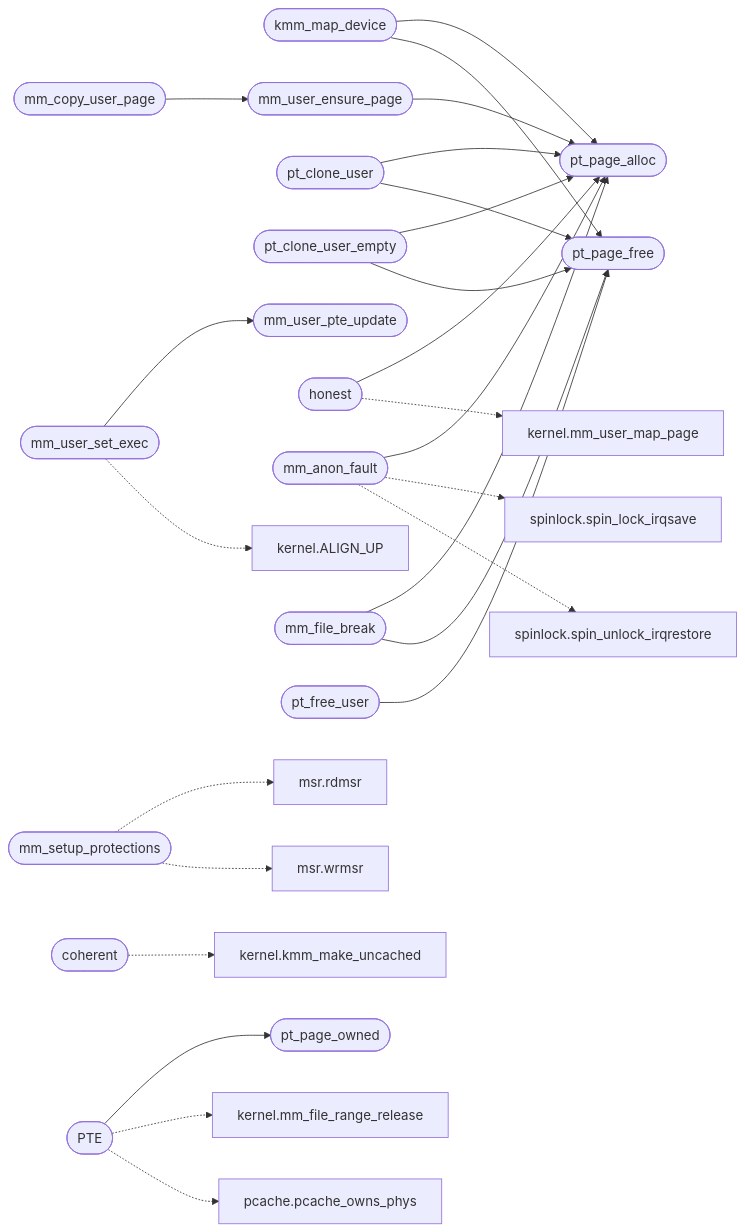
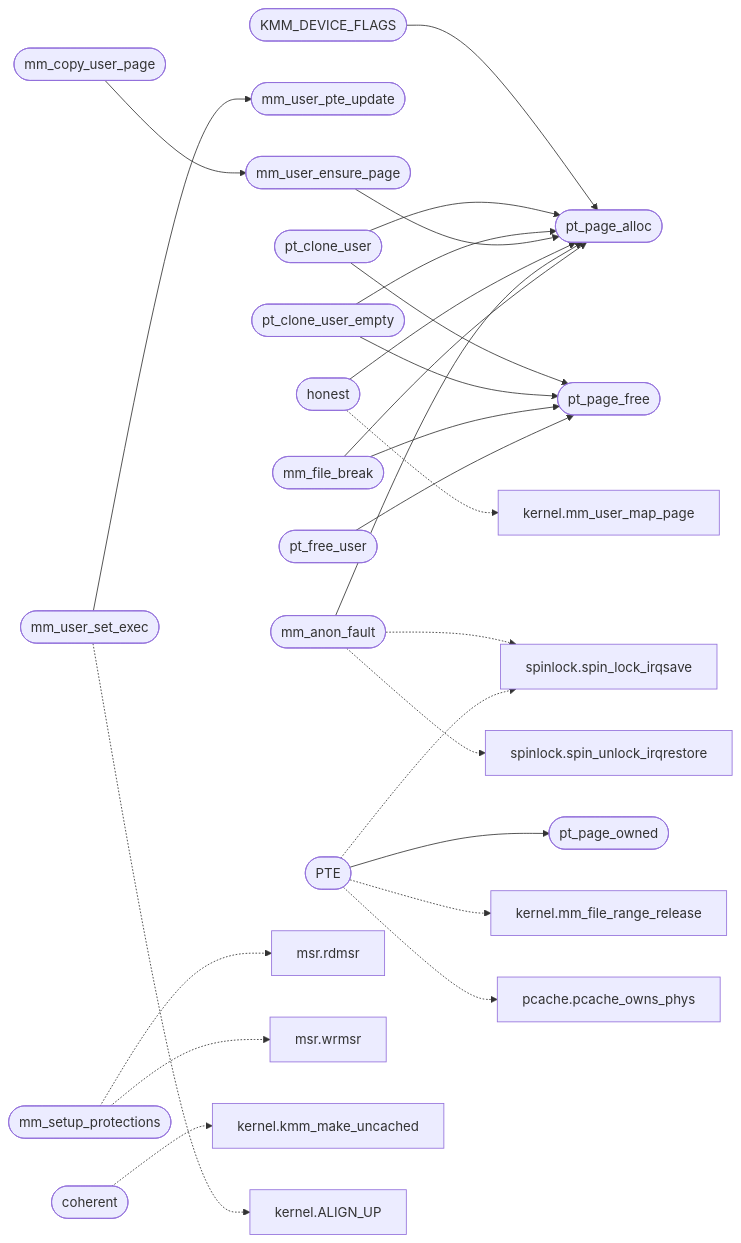
Before and after one commit to grisuno/miniOS: the diagram in readmenator-apidocs/modules/kernel.mm.paging.c.md, drawn with Mermaid. The commit also changed other lines of this file and 184 other files, not shown here.

````diff
--- a/readmenator-apidocs/modules/kernel.mm.paging.c.md
+++ b/readmenator-apidocs/modules/kernel.mm.paging.c.md
@@ -17,53 +17,53 @@
 ```mermaid
 flowchart LR
-    n_kernel_mm_paging_c__kmm_map_device(["kmm_map_device"])
+    n_kernel_mm_paging_c__KMM_DEVICE_FLAGS(["KMM_DEVICE_FLAGS"])
     n_kernel_mm_paging_c__pt_page_alloc(["pt_page_alloc"])
-    n_kernel_mm_paging_c__pt_page_free(["pt_page_free"])
     n_kernel_mm_paging_c__mm_user_set_exec(["mm_user_set_exec"])
     n_kernel_mm_paging_c__mm_user_pte_update(["mm_user_pte_update"])
     n_kernel_mm_paging_c__pt_clone_user(["pt_clone_user"])
+    n_kernel_mm_paging_c__pt_page_free(["pt_page_free"])
     n_kernel_mm_paging_c__pt_clone_user_empty(["pt_clone_user_empty"])
     n_kernel_mm_paging_c__mm_user_ensure_page(["mm_user_ensure_page"])
     n_kernel_mm_paging_c__honest(["honest"])
     n_kernel_mm_paging_c__mm_anon_fault(["mm_anon_fault"])
     n_kernel_mm_paging_c__PTE(["PTE"])
     n_kernel_mm_paging_c__pt_page_owned(["pt_page_owned"])
     n_kernel_mm_paging_c__mm_file_break(["mm_file_break"])
     n_kernel_mm_paging_c__mm_copy_user_page(["mm_copy_user_page"])
     n_kernel_mm_paging_c__pt_free_user(["pt_free_user"])
     n_kernel_mm_paging_c__mm_setup_protections(["mm_setup_protections"])
     n_headers_arch_x86_msr_h__rdmsr["msr.rdmsr"]
     n_headers_arch_x86_msr_h__wrmsr["msr.wrmsr"]
     n_kernel_mm_paging_c__coherent(["coherent"])
     n_headers_kernel_h__kmm_make_uncached["kernel.kmm_make_uncached"]
     n_headers_kernel_h__ALIGN_UP["kernel.ALIGN_UP"]
     n_headers_kernel_h__mm_user_map_page["kernel.mm_user_map_page"]
     n_headers_spinlock_h__spin_lock_irqsave["spinlock.spin_lock_irqsave"]
     n_headers_spinlock_h__spin_unlock_irqrestore["spinlock.spin_unlock_irqrestore"]
     n_headers_kernel_h__mm_file_range_release["kernel.mm_file_range_release"]
     n_headers_pcache_h__pcache_owns_phys["pcache.pcache_owns_phys"]
-    n_kernel_mm_paging_c__kmm_map_device --> n_kernel_mm_paging_c__pt_page_alloc
-    n_kernel_mm_paging_c__kmm_map_device --> n_kernel_mm_paging_c__pt_page_free
+    n_kernel_mm_paging_c__KMM_DEVICE_FLAGS --> n_kernel_mm_paging_c__pt_page_alloc
     n_kernel_mm_paging_c__mm_user_set_exec --> n_kernel_mm_paging_c__mm_user_pte_update
     n_kernel_mm_paging_c__pt_clone_user --> n_kernel_mm_paging_c__pt_page_alloc
     n_kernel_mm_paging_c__pt_clone_user --> n_kernel_mm_paging_c__pt_page_free
     n_kernel_mm_paging_c__pt_clone_user_empty --> n_kernel_mm_paging_c__pt_page_alloc
     n_kernel_mm_paging_c__pt_clone_user_empty --> n_kernel_mm_paging_c__pt_page_free
     n_kernel_mm_paging_c__mm_user_ensure_page --> n_kernel_mm_paging_c__pt_page_alloc
     n_kernel_mm_paging_c__honest --> n_kernel_mm_paging_c__pt_page_alloc
     n_kernel_mm_paging_c__mm_anon_fault --> n_kernel_mm_paging_c__pt_page_alloc
     n_kernel_mm_paging_c__PTE --> n_kernel_mm_paging_c__pt_page_owned
     n_kernel_mm_paging_c__mm_file_break --> n_kernel_mm_paging_c__pt_page_alloc
     n_kernel_mm_paging_c__mm_file_break --> n_kernel_mm_paging_c__pt_page_free
     n_kernel_mm_paging_c__mm_copy_user_page --> n_kernel_mm_paging_c__mm_user_ensure_page
     n_kernel_mm_paging_c__pt_free_user --> n_kernel_mm_paging_c__pt_page_free
     n_kernel_mm_paging_c__mm_setup_protections -.-> n_headers_arch_x86_msr_h__rdmsr
     n_kernel_mm_paging_c__mm_setup_protections -.-> n_headers_arch_x86_msr_h__wrmsr
     n_kernel_mm_paging_c__coherent -.-> n_headers_kernel_h__kmm_make_uncached
     n_kernel_mm_paging_c__mm_user_set_exec -.-> n_headers_kernel_h__ALIGN_UP
     n_kernel_mm_paging_c__honest -.-> n_headers_kernel_h__mm_user_map_page
     n_kernel_mm_paging_c__mm_anon_fault -.-> n_headers_spinlock_h__spin_lock_irqsave
     n_kernel_mm_paging_c__mm_anon_fault -.-> n_headers_spinlock_h__spin_unlock_irqrestore
     n_kernel_mm_paging_c__PTE -.-> n_headers_kernel_h__mm_file_range_release
     n_kernel_mm_paging_c__PTE -.-> n_headers_pcache_h__pcache_owns_phys
+    n_kernel_mm_paging_c__PTE -.-> n_headers_spinlock_h__spin_lock_irqsave
 ```
````
